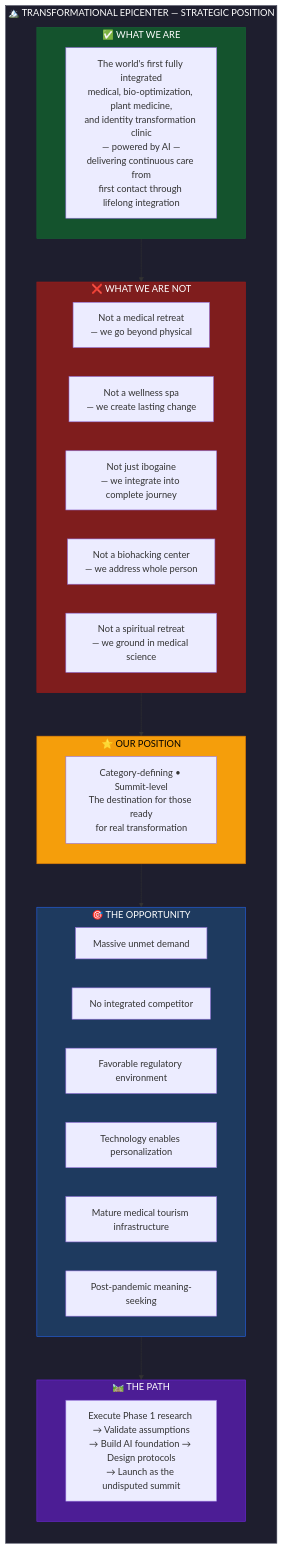
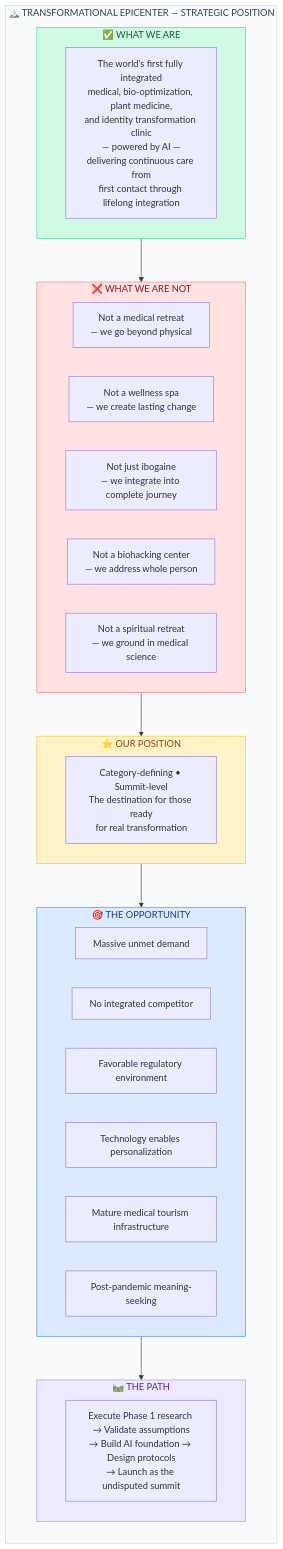
One commit to Light-Brands/epic-center changed diagram 13 of 13 in docs/MARKET_RESEARCH.md. Above: the diagram before and after it, drawn with Mermaid. The commit also changed other lines of this file, not shown here.

First line of the commit message:
docs: Update mermaid diagram colors to softer palette

````diff
--- a/docs/MARKET_RESEARCH.md
+++ b/docs/MARKET_RESEARCH.md
@@ -780,44 +780,44 @@
 ```mermaid
 flowchart TB
     subgraph POSITION["🏔️ TRANSFORMATIONAL EPICENTER — STRATEGIC POSITION"]
         direction TB
 
         subgraph WHATWEARE["✅ WHAT WE ARE"]
             WA[The world's first fully integrated<br/>medical, bio-optimization, plant medicine,<br/>and identity transformation clinic<br/>— powered by AI —<br/>delivering continuous care from<br/>first contact through lifelong integration]
         end
 
         subgraph WHATWERENOT["❌ WHAT WE ARE NOT"]
             N1[Not a medical retreat<br/>— we go beyond physical]
             N2[Not a wellness spa<br/>— we create lasting change]
             N3[Not just ibogaine<br/>— we integrate into complete journey]
             N4[Not a biohacking center<br/>— we address whole person]
             N5[Not a spiritual retreat<br/>— we ground in medical science]
         end
 
         subgraph OURPOSITION["⭐ OUR POSITION"]
             OP[Category-defining • Summit-level<br/>The destination for those ready<br/>for real transformation]
         end
 
         subgraph OPPORTUNITY["🎯 THE OPPORTUNITY"]
             O1[Massive unmet demand]
             O2[No integrated competitor]
             O3[Favorable regulatory environment]
             O4[Technology enables personalization]
             O5[Mature medical tourism infrastructure]
             O6[Post-pandemic meaning-seeking]
         end
 
         subgraph PATH["🛤️ THE PATH"]
             P[Execute Phase 1 research → Validate assumptions<br/>→ Build AI foundation → Design protocols<br/>→ Launch as the undisputed summit]
         end
     end
 
     WHATWEARE --> WHATWERENOT --> OURPOSITION --> OPPORTUNITY --> PATH
 
-    style POSITION fill:#1e1e2e,stroke:#45475a,color:#fff
-    style WHATWEARE fill:#14532d,stroke:#166534,color:#fff
-    style WHATWERENOT fill:#7f1d1d,stroke:#991b1b,color:#fff
-    style OURPOSITION fill:#f59e0b,stroke:#d97706,color:#000
-    style OPPORTUNITY fill:#1e3a5f,stroke:#2563eb,color:#fff
-    style PATH fill:#4c1d95,stroke:#6d28d9,color:#fff
+    style POSITION fill:#f8fafc,stroke:#cbd5e1,color:#334155
+    style WHATWEARE fill:#d1fae5,stroke:#34d399,color:#065f46
+    style WHATWERENOT fill:#fee2e2,stroke:#f87171,color:#7f1d1d
+    style OURPOSITION fill:#fef3c7,stroke:#fbbf24,color:#92400e
+    style OPPORTUNITY fill:#dbeafe,stroke:#3b82f6,color:#1e3a8a
+    style PATH fill:#ede9fe,stroke:#a78bfa,color:#5b21b6
 ```
````
